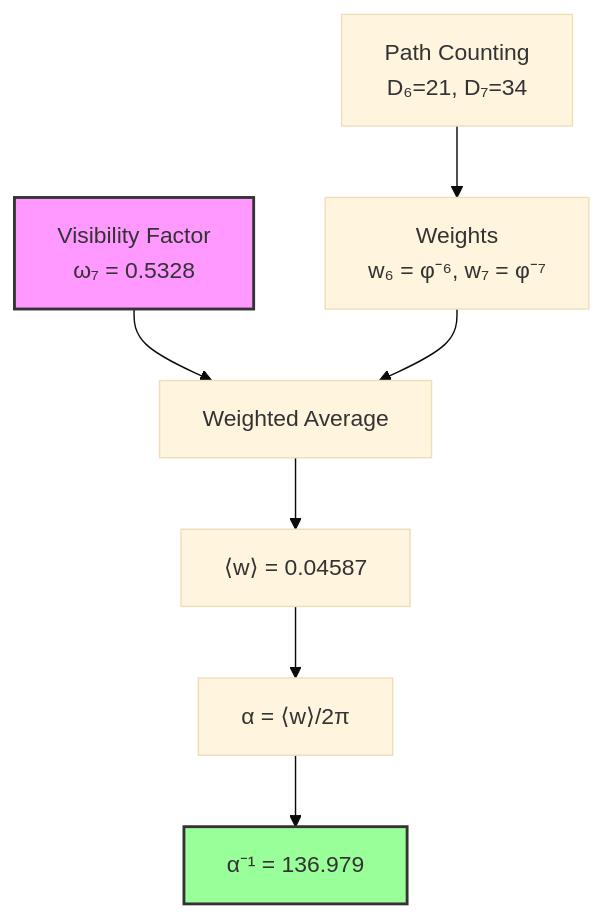
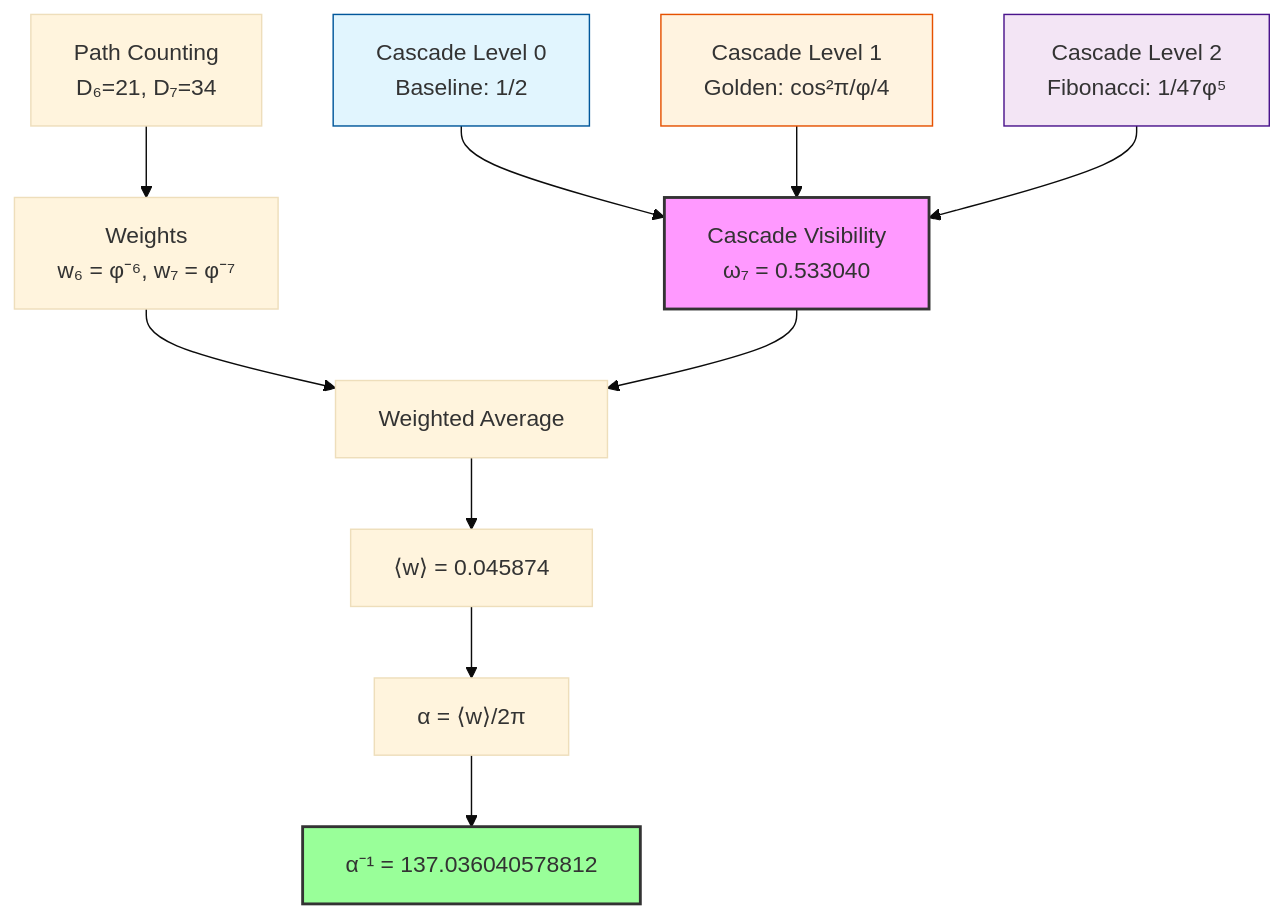
The diagram in docs/psi-constants/part-01-structural-collapse-limits/chapter-005-collapse-origin-alpha-spectral.md (loning/the-phys), drawn with Mermaid (base theme) before and after one commit. The commit also changed 2 other files, not shown here.

````diff
--- a/docs/psi-constants/part-01-structural-collapse-limits/chapter-005-collapse-origin-alpha-spectral.md
+++ b/docs/psi-constants/part-01-structural-collapse-limits/chapter-005-collapse-origin-alpha-spectral.md
@@ -300,13 +300,21 @@
 ```mermaid
 graph TD
     A[Path Counting<br/>D₆=21, D₇=34] --> B[Weights<br/>w₆ = φ⁻⁶, w₇ = φ⁻⁷]
-    C[Visibility Factor<br/>ω₇ = 0.5328] --> D[Weighted Average]
-    B --> D
     
-    D --> E[⟨w⟩ = 0.04587]
-    E --> F[α = ⟨w⟩/2π]
-    F --> G[α⁻¹ = 136.979]
+    C[Cascade Level 0<br/>Baseline: 1/2] --> H[Cascade Visibility<br/>ω₇ = 0.533040]
+    D[Cascade Level 1<br/>Golden: cos²π/φ/4] --> H
+    E[Cascade Level 2<br/>Fibonacci: 1/47φ⁵] --> H
     
-    style C fill:#f9f,stroke:#333,stroke-width:2px
-    style G fill:#9f9,stroke:#333,stroke-width:2px
+    B --> F[Weighted Average]
+    H --> F
+    
+    F --> G[⟨w⟩ = 0.045874]
+    G --> I[α = ⟨w⟩/2π]
+    I --> J[α⁻¹ = 137.036040578812]
+    
+    style H fill:#f9f,stroke:#333,stroke-width:2px
+    style J fill:#9f9,stroke:#333,stroke-width:2px
+    style C fill:#e1f5fe,stroke:#01579b,stroke-width:1px
+    style D fill:#fff3e0,stroke:#e65100,stroke-width:1px  
+    style E fill:#f3e5f5,stroke:#4a148c,stroke-width:1px
 ```
````
